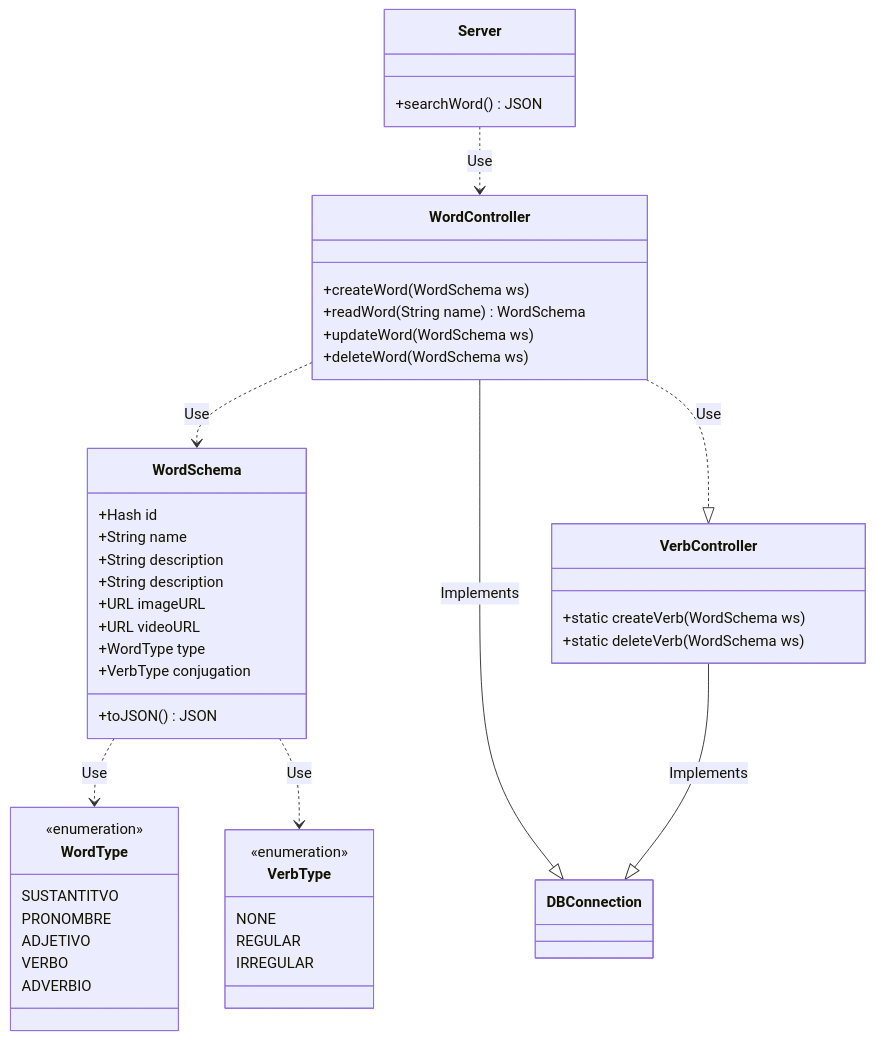
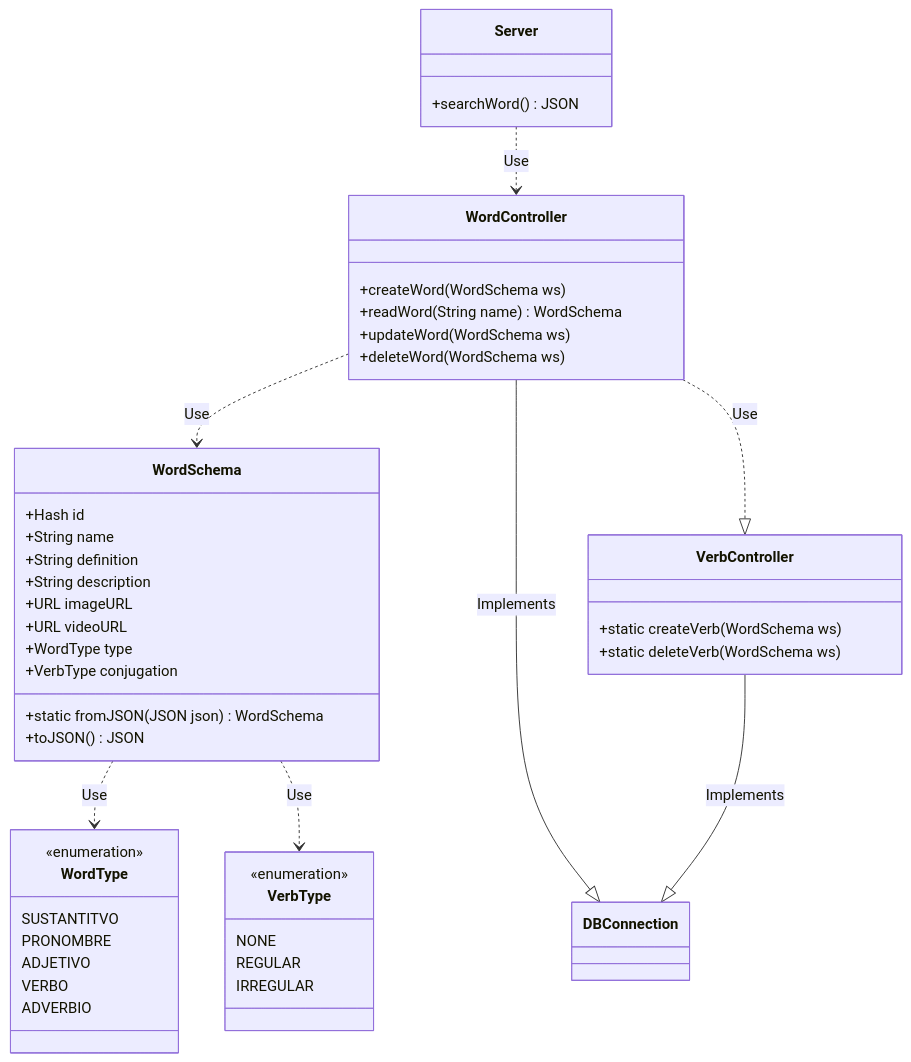
Before and after one commit to Zait06/DictionaryLSM: the diagram in diagrams/Classes.md, drawn with Mermaid. The commit also changed 3 other files, not shown here.

````diff
--- a/diagrams/Classes.md
+++ b/diagrams/Classes.md
@@ -5,55 +5,56 @@
 ```mermaid
 classDiagram
 
 WordSchema ..> WordType: Use
 WordSchema ..> VerbType: Use
 WordController ..> WordSchema: Use
 WordController --|> DBConnection: Implements
 VerbController --|> DBConnection: Implements
 WordController ..|> VerbController: Use
 Server ..> WordController: Use
 
 class WordType {
     <<enumeration>>
     SUSTANTITVO
     PRONOMBRE
     ADJETIVO
     VERBO
     ADVERBIO
 }
 
 class VerbType {
     <<enumeration>>
     NONE
     REGULAR
     IRREGULAR
 }
 
 class WordSchema {
     +Hash id 
     +String name
-    +String description
+    +String definition
     +String description
     +URL imageURL
     +URL videoURL
     +WordType type
     +VerbType conjugation
+    +static fromJSON(JSON json) WordSchema
     +toJSON() JSON
 }
 
 class WordController {
     +createWord(WordSchema ws)
     +readWord(String name) WordSchema
     +updateWord(WordSchema ws)
     +deleteWord(WordSchema ws)
 }
 
 class VerbController {
     +static createVerb(WordSchema ws)
     +static deleteVerb(WordSchema ws)
 }
 
 class Server {
     +searchWord() JSON
 }
 ```
````
